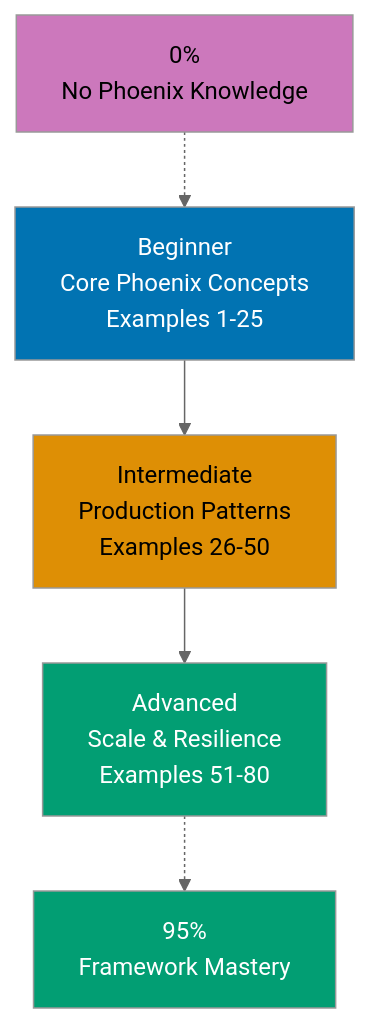
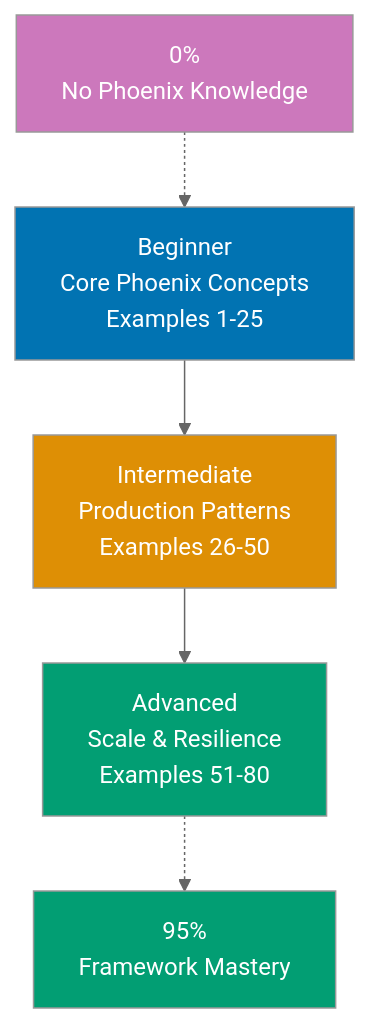
The diagram in apps/ayokoding-web/content/en/learn/software-engineering/platform-web/tools/elixir-phoenix/by-example/overview.md (wahidyankf/open-sharia-enterprise), drawn with Mermaid (neutral theme) before and after one commit. The commit also changed 61 other files, not shown here.

First line of the commit message:
fix(ayokoding-web): quote Mermaid node labels with special characters in Example 63

````diff
--- a/apps/ayokoding-web/content/en/learn/software-engineering/platform-web/tools/elixir-phoenix/by-example/overview.md
+++ b/apps/ayokoding-web/content/en/learn/software-engineering/platform-web/tools/elixir-phoenix/by-example/overview.md
@@ -43,13 +43,13 @@
 ```mermaid
 graph TD
   A["Beginner<br/>Core Phoenix Concepts<br/>Examples 1-25"] --> B["Intermediate<br/>Production Patterns<br/>Examples 26-50"]
   B --> C["Advanced<br/>Scale & Resilience<br/>Examples 51-80"]
   D["0%<br/>No Phoenix Knowledge"] -.-> A
   C -.-> E["95%<br/>Framework Mastery"]
 
   style A fill:#0173B2,color:#fff
-  style B fill:#DE8F05,color:#000
+  style B fill:#DE8F05,color:#fff
   style C fill:#029E73,color:#fff
-  style D fill:#CC78BC,color:#000
+  style D fill:#CC78BC,color:#fff
   style E fill:#029E73,color:#fff
 ```
````
